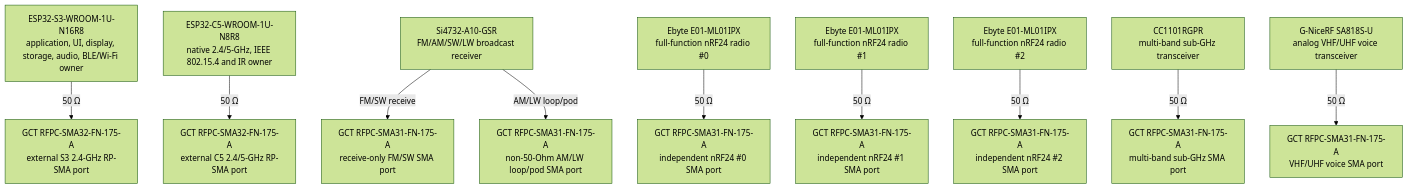
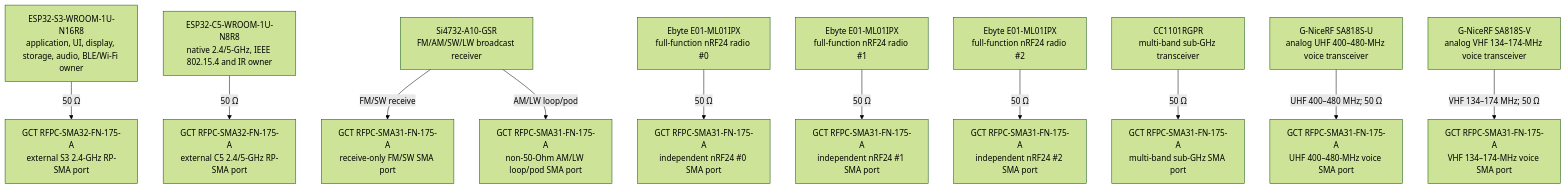
One commit to anton-vinogradov/esp32-leshy2 changed the eighth of 10 diagrams in docs/schematics.md. Above: the diagram before and after it, drawn with Mermaid (forest theme). The commit also changed other lines of this file and 26 other files, not shown here.

Commit message:
Review H5 source research and dual voice diagrams

````diff
--- a/docs/schematics.md
+++ b/docs/schematics.md
@@ -278,29 +278,32 @@
 ```mermaid
 flowchart TD
 S3["ESP32-S3-WROOM-1U-N16R8<br/>application, UI, display, storage, audio, BLE/Wi-Fi owner"]
 S3_EXTERNAL_RP_SMA["GCT RFPC-SMA32-FN-175-A<br/>external S3 2.4-GHz RP-SMA port"]
 C5["ESP32-C5-WROOM-1U-N8R8<br/>native 2.4/5-GHz, IEEE 802.15.4 and IR owner"]
 C5_EXTERNAL_RP_SMA["GCT RFPC-SMA32-FN-175-A<br/>external C5 2.4/5-GHz RP-SMA port"]
 RECEIVER["Si4732-A10-GSR<br/>FM/AM/SW/LW broadcast receiver"]
 RECEIVER_FMSW_EXTERNAL_SMA["GCT RFPC-SMA31-FN-175-A<br/>receive-only FM/SW SMA port"]
 RECEIVER_AMLW_EXTERNAL_SMA["GCT RFPC-SMA31-FN-175-A<br/>non-50-Ohm AM/LW loop/pod SMA port"]
 NRF0["Ebyte E01-ML01IPX<br/>full-function nRF24 radio #0"]
 NRF0_EXTERNAL_SMA["GCT RFPC-SMA31-FN-175-A<br/>independent nRF24 #0 SMA port"]
 NRF1["Ebyte E01-ML01IPX<br/>full-function nRF24 radio #1"]
 NRF1_EXTERNAL_SMA["GCT RFPC-SMA31-FN-175-A<br/>independent nRF24 #1 SMA port"]
 NRF2["Ebyte E01-ML01IPX<br/>full-function nRF24 radio #2"]
 NRF2_EXTERNAL_SMA["GCT RFPC-SMA31-FN-175-A<br/>independent nRF24 #2 SMA port"]
 CC["CC1101RGPR<br/>multi-band sub-GHz transceiver"]
 CC_EXTERNAL_SMA["GCT RFPC-SMA31-FN-175-A<br/>multi-band sub-GHz SMA port"]
-VOICE["G-NiceRF SA818S-U<br/>analog VHF/UHF voice transceiver"]
-VOICE_EXTERNAL_SMA["GCT RFPC-SMA31-FN-175-A<br/>VHF/UHF voice SMA port"]
+VOICE["G-NiceRF SA818S-U<br/>analog UHF 400–480-MHz voice transceiver"]
+VOICE_EXTERNAL_SMA["GCT RFPC-SMA31-FN-175-A<br/>UHF 400–480-MHz voice SMA port"]
+VOICE_V["G-NiceRF SA818S-V<br/>analog VHF 134–174-MHz voice transceiver"]
+VOICE_V_EXTERNAL_SMA["GCT RFPC-SMA31-FN-175-A<br/>VHF 134–174-MHz voice SMA port"]
   S3 -->|"50 Ω"| S3_EXTERNAL_RP_SMA
   C5 -->|"50 Ω"| C5_EXTERNAL_RP_SMA
   RECEIVER -->|"FM/SW receive"| RECEIVER_FMSW_EXTERNAL_SMA
   RECEIVER -->|"AM/LW loop/pod"| RECEIVER_AMLW_EXTERNAL_SMA
   NRF0 -->|"50 Ω"| NRF0_EXTERNAL_SMA
   NRF1 -->|"50 Ω"| NRF1_EXTERNAL_SMA
   NRF2 -->|"50 Ω"| NRF2_EXTERNAL_SMA
   CC -->|"50 Ω"| CC_EXTERNAL_SMA
-  VOICE -->|"50 Ω"| VOICE_EXTERNAL_SMA
+  VOICE -->|"UHF 400–480 MHz; 50 Ω"| VOICE_EXTERNAL_SMA
+  VOICE_V -->|"VHF 134–174 MHz; 50 Ω"| VOICE_V_EXTERNAL_SMA
 ```
````
